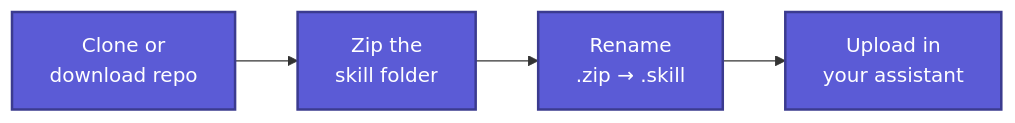
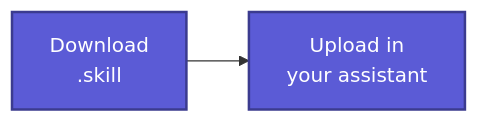
One commit to Dyarchia/dyarchia-salesforce changed the second of 3 diagrams in README.md. Above: the diagram before and after it, drawn with Mermaid. The commit also changed other lines of this file and 28 other files, not shown here.

Commit message:
feat(repo): commit pre-built .skill bundles for all skills

````diff
--- a/README.md
+++ b/README.md
@@ -89,9 +91,7 @@
 ```mermaid
 flowchart LR
-    A[Clone or<br/>download repo] --> B[Zip the<br/>skill folder]
-    B --> C[Rename<br/>.zip → .skill]
-    C --> D[Upload in<br/>your assistant]
+  A[Download<br/>.skill] --> B[Upload in<br/>your assistant]
 
-    classDef step fill:#5B5BD6,stroke:#3B3B8F,color:#fff,stroke-width:2px
-    class A,B,C,D step
+  classDef step fill:#5B5BD6,stroke:#3B3B8F,color:#fff,stroke-width:2px
+  class A,B step
 ```
````
